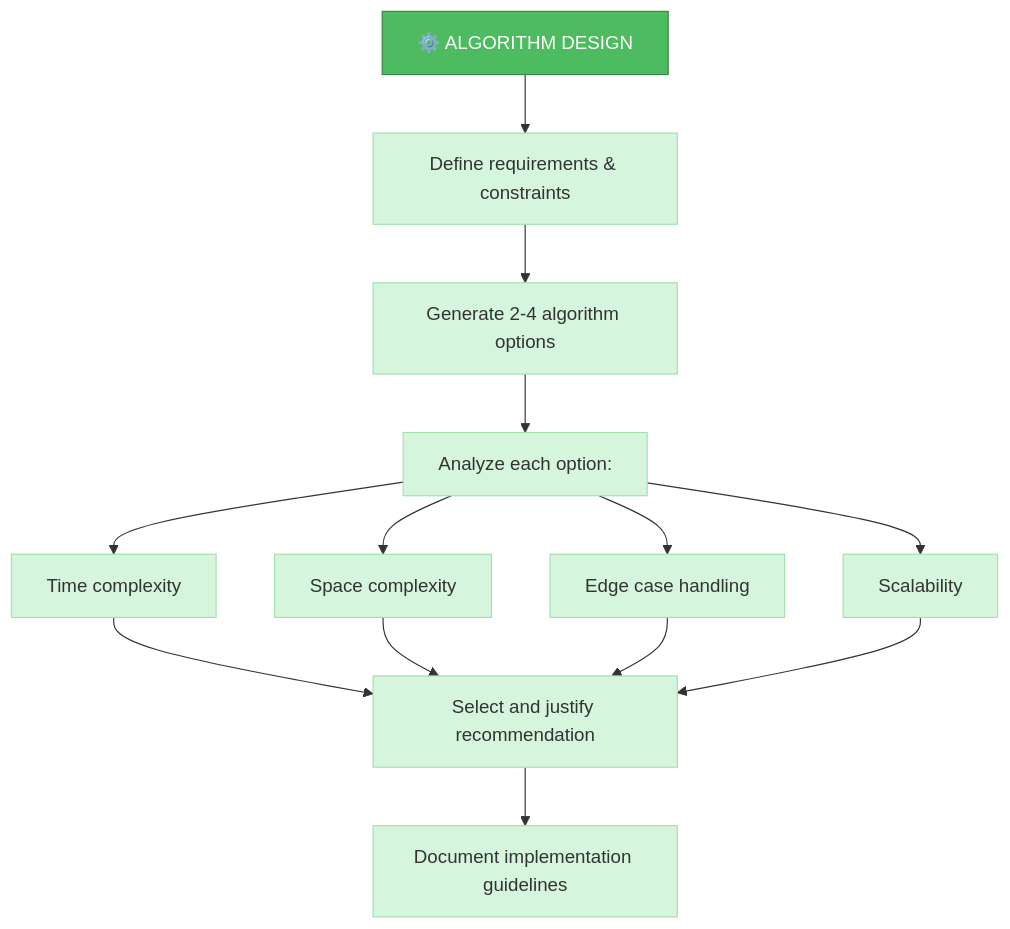
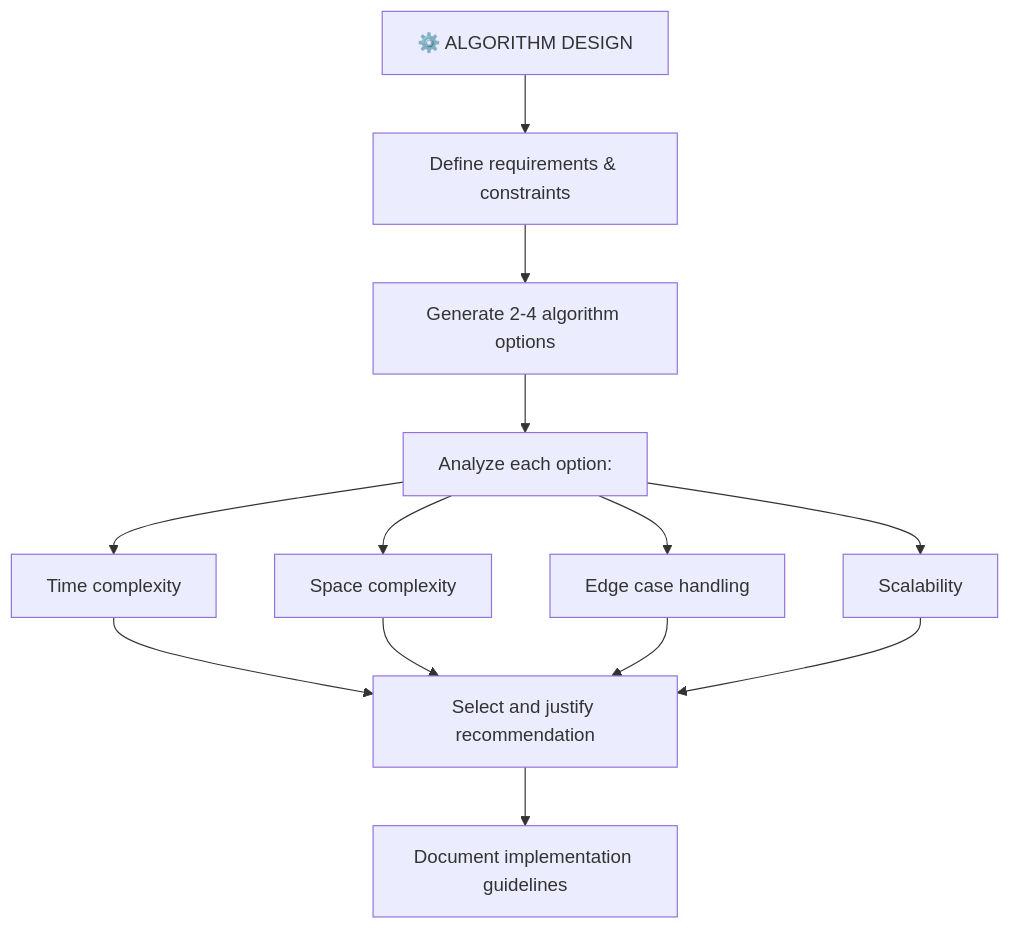
One commit to yws-coder123/trae-memory-bank changed the third of 6 diagrams in custom_modes/creative_instructions.md. Above: the diagram before and after it, drawn with Mermaid. The commit also changed other lines of this file and 2 other files, not shown here.

````diff
--- a/custom_modes/creative_instructions.md
+++ b/custom_modes/creative_instructions.md
@@ -176,23 +155,12 @@
 ```mermaid
 graph TD
     ALGO["⚙️ ALGORITHM DESIGN"] --> Req["Define requirements & constraints"]
     Req --> Options["Generate 2-4 algorithm options"]
     Options --> Analysis["Analyze each option:"]
     Analysis --> TC["Time complexity"]
     Analysis --> SC["Space complexity"]
     Analysis --> Edge["Edge case handling"]
     Analysis --> Scale["Scalability"]
     TC & SC & Edge & Scale --> Select["Select and justify recommendation"]
     Select --> Doc["Document implementation guidelines"]
-    
-    style ALGO fill:#4dbb5f,stroke:#36873f,color:white
-    style Req fill:#d6f5dd,stroke:#a3e0ae
-    style Options fill:#d6f5dd,stroke:#a3e0ae
-    style Analysis fill:#d6f5dd,stroke:#a3e0ae
-    style TC fill:#d6f5dd,stroke:#a3e0ae
-    style SC fill:#d6f5dd,stroke:#a3e0ae
-    style Edge fill:#d6f5dd,stroke:#a3e0ae
-    style Scale fill:#d6f5dd,stroke:#a3e0ae
-    style Select fill:#d6f5dd,stroke:#a3e0ae
-    style Doc fill:#d6f5dd,stroke:#a3e0ae
 ```
````
